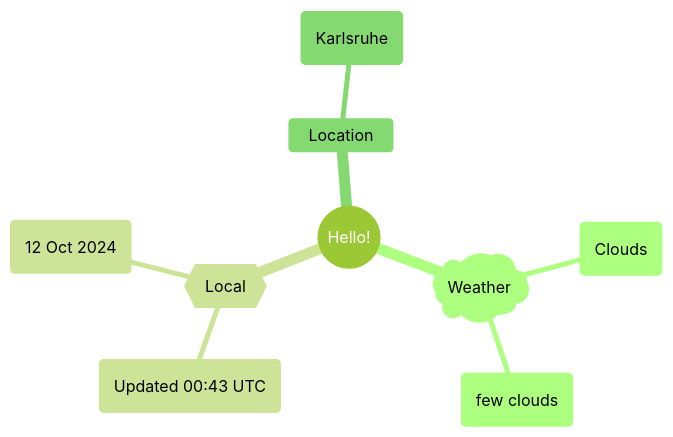
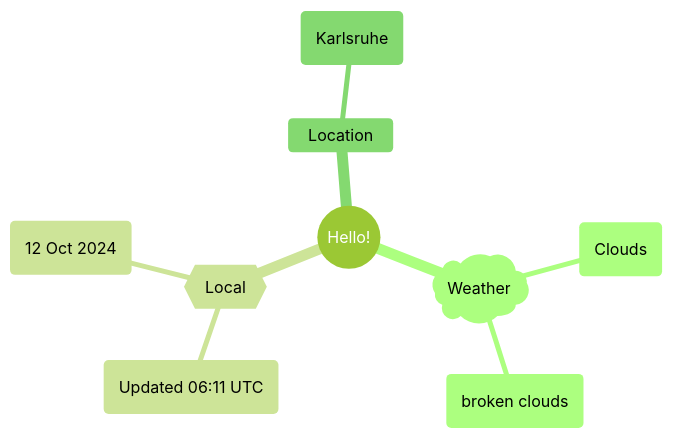
One commit to Xosrov/Xosrov changed the first of 2 diagrams in README.md. Above: the diagram before and after it, drawn with Mermaid (forest theme).

Commit message:
[bot] updated images

````diff
--- a/README.md
+++ b/README.md
@@ -3,12 +3,12 @@
 ```mermaid
 mindmap
   root((Hello!))
     )Weather(
         (Clouds)
-        (few clouds)
+        (broken clouds)
     {{Local}}
-        (Updated 00:43 UTC)
+        (Updated 06:11 UTC)
         (12 Oct 2024)
     Location
         (Karlsruhe)
 ```
````
